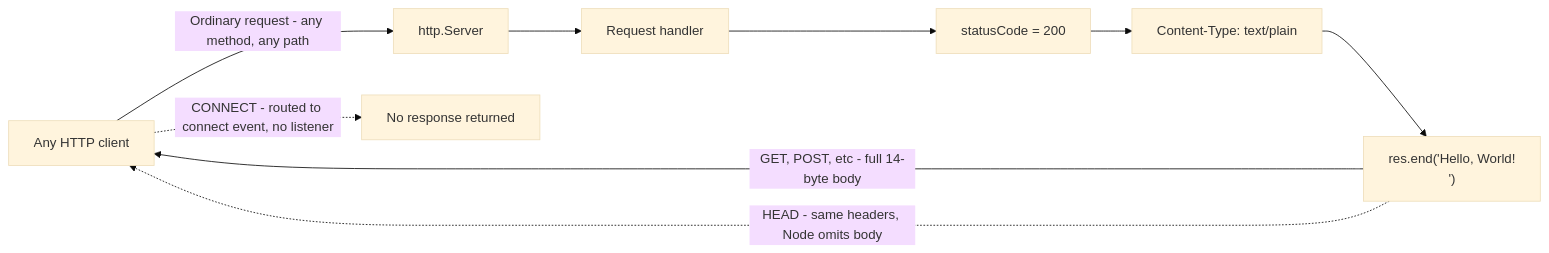
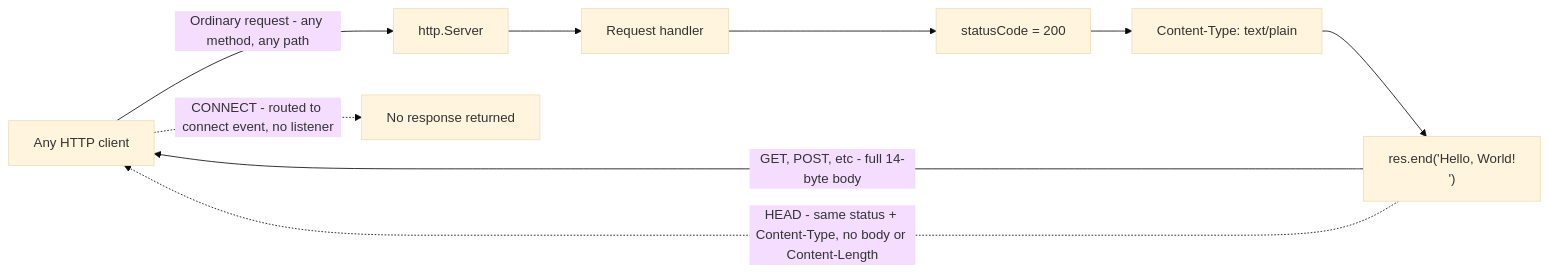
One commit to Sandeep01Kumar/Sk-16-July changed the second of 2 diagrams in README.md. Above: the diagram before and after it, drawn with Mermaid (base theme). The commit also changed other lines of this file and 1 other file, not shown here.

````diff
--- a/README.md
+++ b/README.md
@@ -225,11 +230,11 @@
 ```mermaid
 flowchart LR
     A[Any HTTP client] -->|Ordinary request - any method, any path| B[http.Server]
     A -.->|CONNECT - routed to connect event, no listener| G[No response returned]
     B --> C[Request handler]
     C --> D["statusCode = 200"]
     D --> E["Content-Type: text/plain"]
     E --> F["res.end('Hello, World!\n')"]
     F -->|GET, POST, etc - full 14-byte body| A
-    F -.->|HEAD - same headers, Node omits body| A
+    F -.->|HEAD - same status + Content-Type, no body or Content-Length| A
 ```
````
